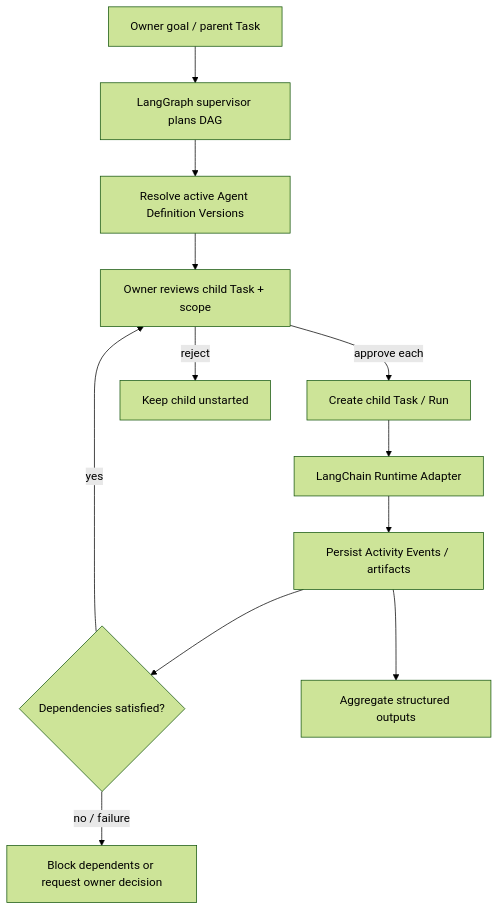
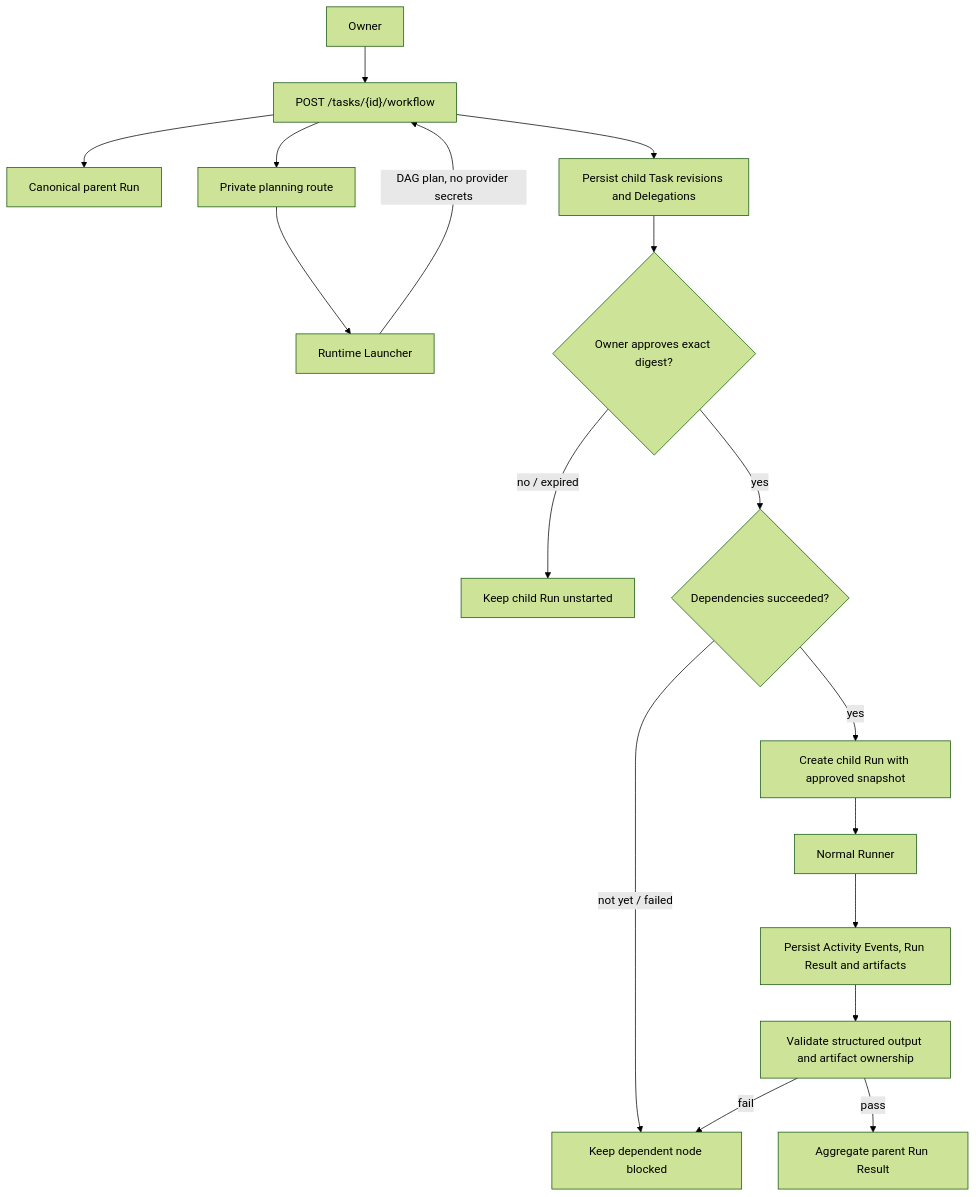
Before and after one commit to muhamadanjar/agent-visualizer: the diagram in docs/design-docs/2026-10-27-05-multi-agent-orchestration.md, drawn with Mermaid (forest theme). The commit also changed other lines of this file and 53 other files, not shown here.

````diff
--- a/docs/design-docs/2026-10-27-05-multi-agent-orchestration.md
+++ b/docs/design-docs/2026-10-27-05-multi-agent-orchestration.md
@@ -52,14 +52,19 @@
 ```mermaid
 flowchart TD
-    Request[Owner goal / parent Task] --> Plan[LangGraph supervisor plans DAG]
-    Plan --> Registry[Resolve active Agent Definition Versions]
-    Registry --> Review[Owner reviews child Task + scope]
-    Review -->|approve each| Child[Create child Task / Run]
-    Review -->|reject| Stop[Keep child unstarted]
-    Child --> Runtime[LangChain Runtime Adapter]
-    Runtime --> Event[Persist Activity Events / artifacts]
-    Event --> Dependency{Dependencies satisfied?}
-    Dependency -->|yes| Review
-    Dependency -->|no / failure| Policy[Block dependents or request owner decision]
-    Event --> Parent[Aggregate structured outputs]
+    Owner[Owner] --> API["POST /tasks/{id}/workflow"]
+    API --> Parent[Canonical parent Run]
+    API --> Planning[Private planning route]
+    Planning --> Launcher[Runtime Launcher]
+    Launcher -->|DAG plan, no provider secrets| API
+    API --> Persist[Persist child Task revisions and Delegations]
+    Persist --> Approval{Owner approves exact digest?}
+    Approval -->|no / expired| Stop[Keep child Run unstarted]
+    Approval -->|yes| Dependency{Dependencies succeeded?}
+    Dependency -->|not yet / failed| Blocked[Keep dependent node blocked]
+    Dependency -->|yes| ChildRun[Create child Run with approved snapshot]
+    ChildRun --> Runner[Normal Runner]
+    Runner --> Events[Persist Activity Events, Run Result and artifacts]
+    Events --> Validate[Validate structured output and artifact ownership]
+    Validate -->|pass| ParentResult[Aggregate parent Run Result]
+    Validate -->|fail| Blocked
 ```
````
